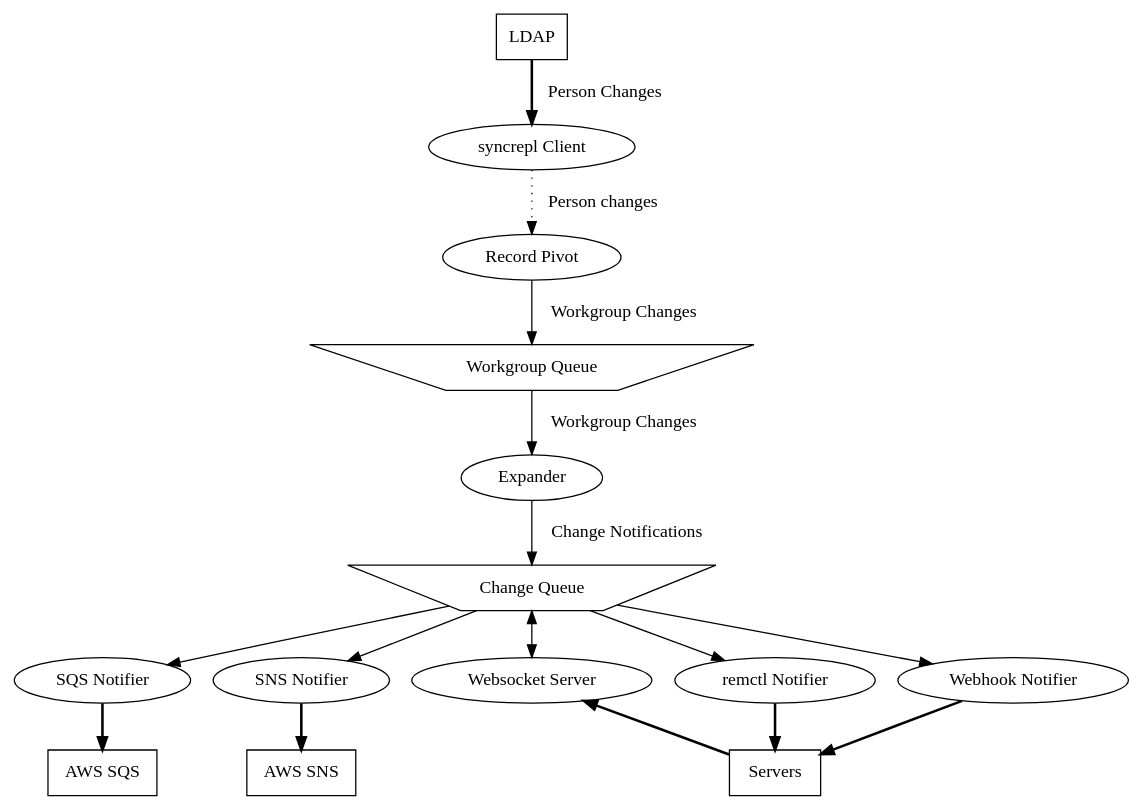
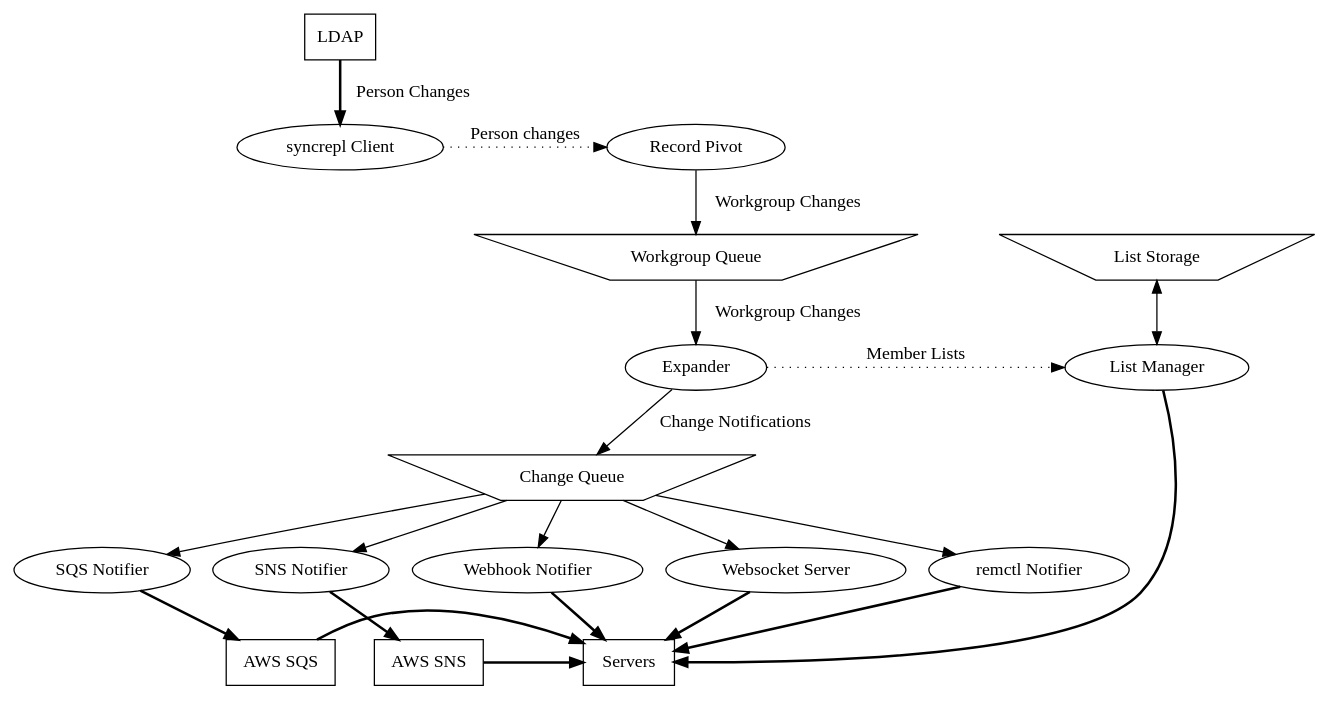
The diagram in data_flow.dot (akkornel/wglurp), drawn with Graphviz before and after one commit.

Commit message:
Update data flow diagram.
Items have been added to cover the flow of sync lists.

All lines now flow ultimately towards servers, because that's where
the data go.

```diff
--- a/data_flow.dot
+++ b/data_flow.dot
@@ -1,50 +1,65 @@
 digraph FLOW {
 
     "LDAP" [shape=box];
 
-    "syncrepl Client";
+    { rank=same;
+      "syncrepl Client";
+      "Record Pivot";
+    }
 
-    "Record Pivot";
+    { rank=same;
+      "Workgroup Queue" [shape=polygon, sides=4, distortion=0.8];
+      "List Storage" [shape=polygon, sides=4, distortion=0.8];
+    }
 
-    "Workgroup Queue" [shape=polygon, sides=4, distortion=0.8];
-
-    "Expander";
+    { rank=same;
+      "Expander";
+      "List Manager";
+    }
 
     "Change Queue" [shape=polygon, sides=4, distortion=0.8];
 
     { rank = same;
       "remctl Notifier";
       "SQS Notifier";
       "SNS Notifier";
       "Webhook Notifier";
       "Websocket Server";
     }
 
     { rank = same;
       "Servers" [shape=box];
       "AWS SQS" [shape=box];
       "AWS SNS" [shape=box];
     }
 
     "LDAP" -> "syncrepl Client" [style=bold, label="Person Changes"];
 
     "syncrepl Client" -> "Record Pivot" [style=dotted, label="Person changes"];
 
     "Record Pivot" -> "Workgroup Queue" [label="Workgroup Changes"];
 
     "Workgroup Queue" -> "Expander" [label="Workgroup Changes"];
 
     "Expander" -> "Change Queue" [label="Change Notifications"];
+    "Expander" -> "List Manager" [style=dotted, label="Member Lists"];
+
+    "List Manager" -> "List Storage" [dir=both];
 
     "Change Queue" -> "remctl Notifier";
     "Change Queue" -> "SQS Notifier";
     "Change Queue" -> "SNS Notifier";
     "Change Queue" -> "Webhook Notifier";
-    "Change Queue" -> "Websocket Server" [dir=both];
+    "Change Queue" -> "Websocket Server";
 
     "remctl Notifier" -> "Servers" [style=bold];
     "SQS Notifier" -> "AWS SQS" [style=bold];
     "SNS Notifier" -> "AWS SNS" [style=bold];
     "Webhook Notifier" -> "Servers" [style=bold];
-    "Websocket Server" -> "Servers" [style=bold, dir=back];
+    "Websocket Server" -> "Servers" [style=bold];
+
+    "AWS SNS" -> "Servers" [style=bold];
+    "AWS SQS" -> "Servers" [style=bold];
+
+    "Servers" -> "List Manager" [style=bold, dir=back];
 }
```
